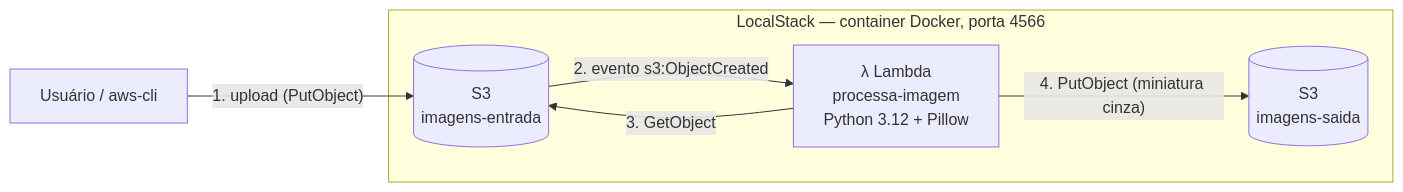
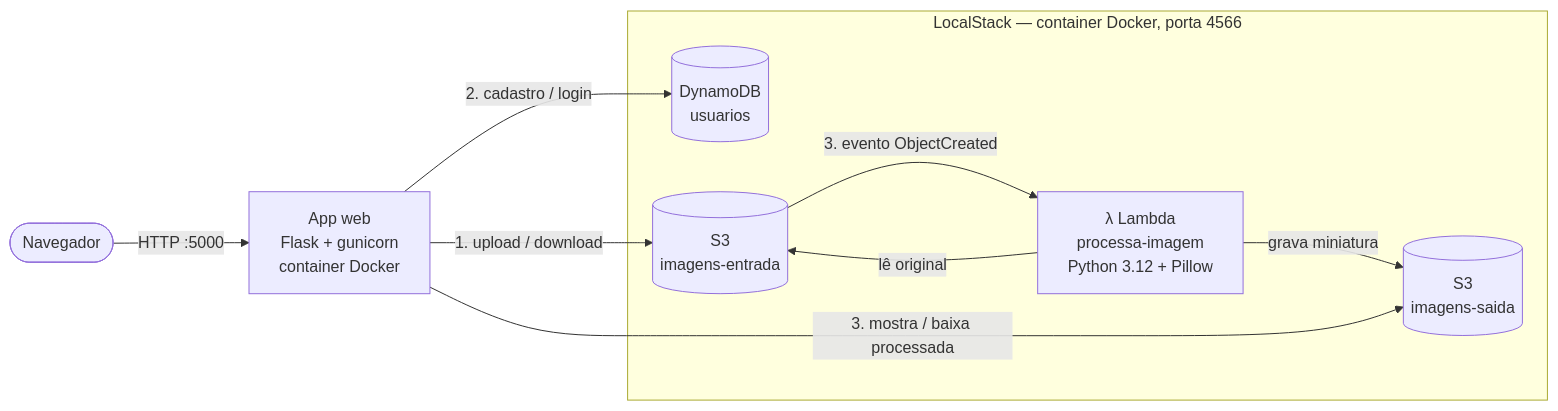
One commit to AntonioPauloFidel/cn-localstack changed the diagram in README.md. Above: the diagram before and after it, drawn with Mermaid. The commit also changed other lines of this file, not shown here.

````diff
--- a/README.md
+++ b/README.md
@@ -11,12 +17,18 @@
 ```mermaid
 flowchart LR
-    U[Usuário / aws-cli] -- "1. upload (PutObject)" --> E[(S3<br/>imagens-entrada)]
-    E -- "2. evento s3:ObjectCreated" --> L[λ Lambda<br/>processa-imagem<br/>Python 3.12 + Pillow]
-    L -- "3. GetObject" --> E
-    L -- "4. PutObject (miniatura cinza)" --> S[(S3<br/>imagens-saida)]
+    U([Navegador]) -- HTTP :5000 --> W[App web<br/>Flask + gunicorn<br/>container Docker]
+
     subgraph LocalStack [LocalStack — container Docker, porta 4566]
-        E
-        L
-        S
+        D[(DynamoDB<br/>usuarios)]
+        E[(S3<br/>imagens-entrada)]
+        L[λ Lambda<br/>processa-imagem<br/>Python 3.12 + Pillow]
+        S[(S3<br/>imagens-saida)]
     end
+
+    W -- "2. cadastro / login" --> D
+    W -- "1. upload / download" --> E
+    E -- "3. evento ObjectCreated" --> L
+    L -- "lê original" --> E
+    L -- "grava miniatura" --> S
+    W -- "3. mostra / baixa processada" --> S
 ```
````
